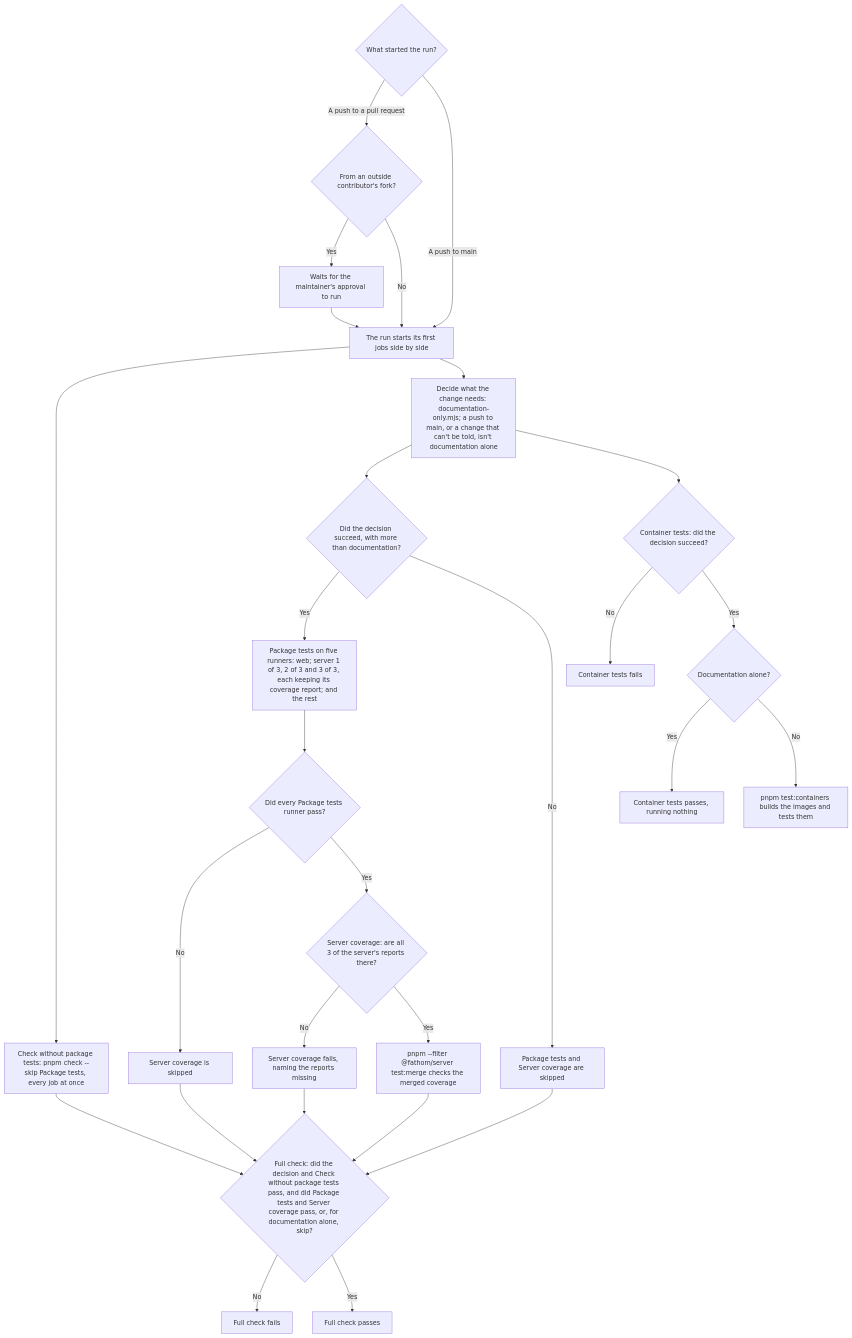
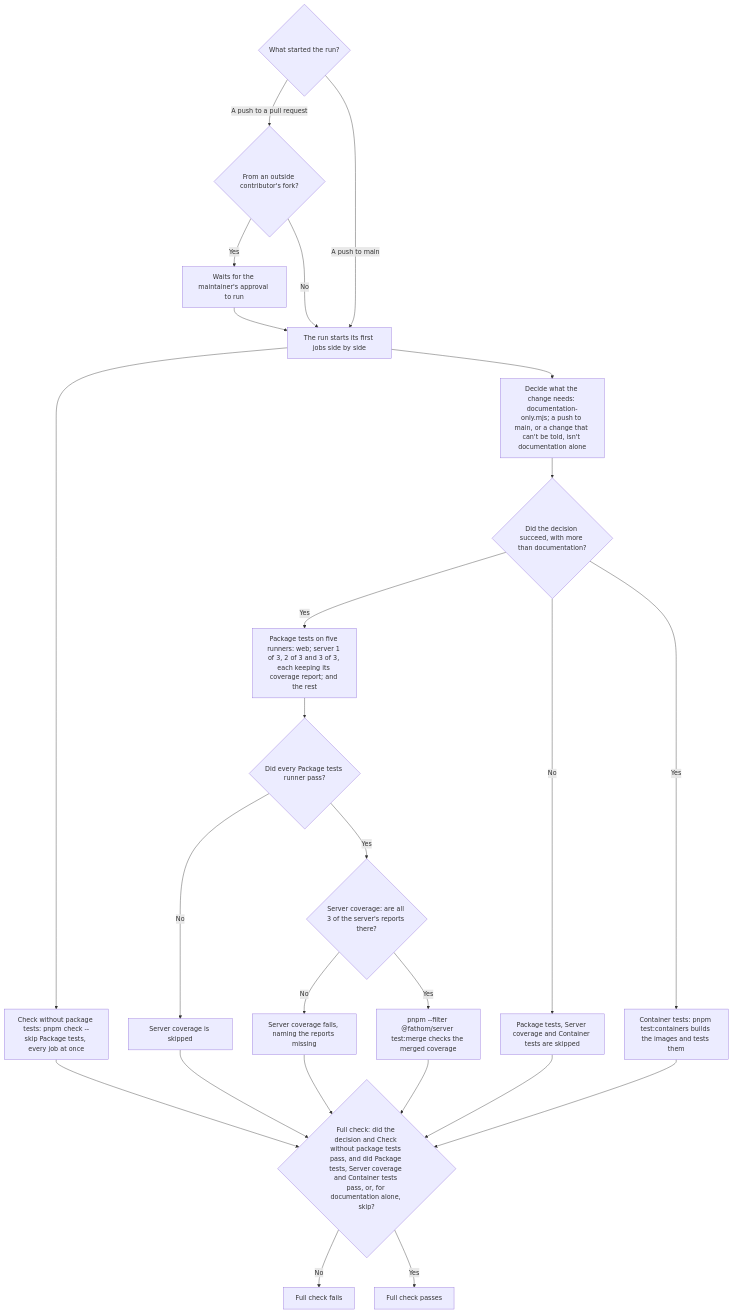
One commit to ribbitworks/fathom changed diagram 11 of 11 in docs/design/checks-and-ci.md. Above: the diagram before and after it, drawn with Mermaid. The commit also changed other lines of this file and 2 other files, not shown here.

Commit message:
chore: make Full check the one check a merge needs
- Full check waits for the container tests, so their own guard against a cancelled run goes

````diff
--- a/docs/design/checks-and-ci.md
+++ b/docs/design/checks-and-ci.md
@@ -361,30 +361,27 @@
 ```mermaid
 flowchart TD
     Event{"What started the run?"} -- "A push to a pull request" --> Fork{"From an outside contributor's fork?"}
     Fork -- Yes --> Approval["Waits for the maintainer's approval to run"]
     Fork -- No --> Starts
     Approval --> Starts
     Event -- "A push to main" --> Starts["The run starts its first jobs side by side"]
     Starts --> Check["Check without package tests: pnpm check --skip Package tests, every job at once"]
     Starts --> Decide["Decide what the change needs: documentation-only.mjs; a push to main, or a change that can't be told, isn't documentation alone"]
     Decide --> DocsOnly{"Did the decision succeed, with more than documentation?"}
     DocsOnly -- Yes --> Packages["Package tests on five runners: web; server 1 of 3, 2 of 3 and 3 of 3, each keeping its coverage report; and the rest"]
     Packages --> PartsPassed{"Did every Package tests runner pass?"}
     PartsPassed -- No --> CoverageSkipped["Server coverage is skipped"]
     PartsPassed -- Yes --> Coverage{"Server coverage: are all 3 of the server's reports there?"}
     Coverage -- No --> MissingReports["Server coverage fails, naming the reports missing"]
     Coverage -- Yes --> MergeCoverage["pnpm --filter @fathom/server test:merge checks the merged coverage"]
-    DocsOnly -- No --> Skipped["Package tests and Server coverage are skipped"]
+    DocsOnly -- No --> Skipped["Package tests, Server coverage and Container tests are skipped"]
     CoverageSkipped --> Full
-    Decide --> ContainersJob{"Container tests: did the decision succeed?"}
-    ContainersJob -- No --> ContainersFailed["Container tests fails"]
-    ContainersJob -- Yes --> ContainersDocs{"Documentation alone?"}
-    ContainersDocs -- Yes --> ContainersPassed["Container tests passes, running nothing"]
-    ContainersDocs -- No --> TestContainers["pnpm test:containers builds the images and tests them"]
-    Check --> Full{"Full check: did the decision and Check without package tests pass, and did Package tests and Server coverage pass, or, for documentation alone, skip?"}
+    DocsOnly -- Yes --> TestContainers["Container tests: pnpm test:containers builds the images and tests them"]
+    TestContainers --> Full
+    Check --> Full{"Full check: did the decision and Check without package tests pass, and did Package tests, Server coverage and Container tests pass, or, for documentation alone, skip?"}
     MergeCoverage --> Full
     MissingReports --> Full
     Skipped --> Full
     Full -- No --> FullFailed["Full check fails"]
     Full -- Yes --> FullPassed["Full check passes"]
 ```
````
